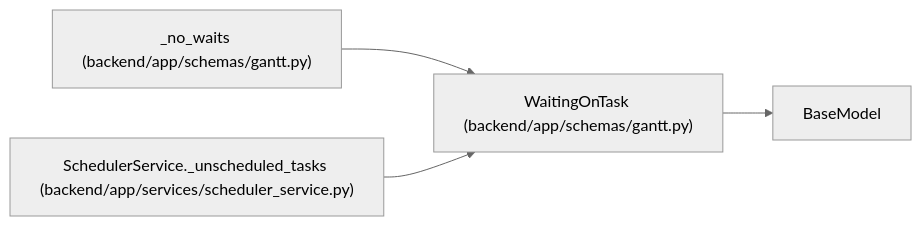
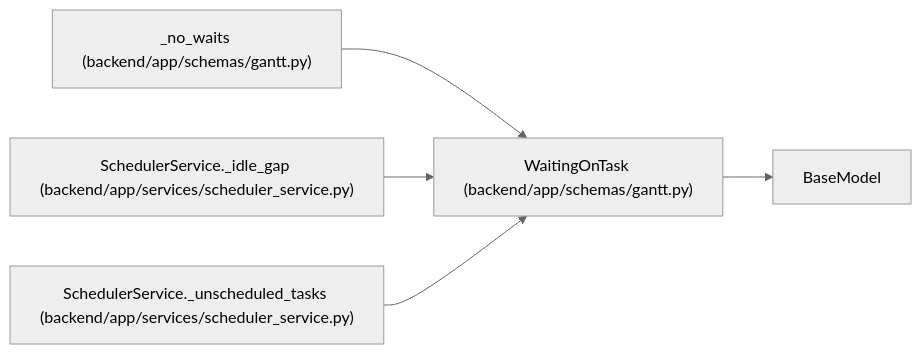
One commit to Denissvgn/WorkChord changed the diagram in docs/llm_wiki/entities/schemas_gantt_WaitingOnTask.md. Above: the diagram before and after it, drawn with Mermaid (neutral theme). The commit also changed other lines of this file and 648 other files, not shown here.

Commit message:
Sync the architectural wiki for using an assignee's free days

````diff
--- a/docs/llm_wiki/entities/schemas_gantt_WaitingOnTask.md
+++ b/docs/llm_wiki/entities/schemas_gantt_WaitingOnTask.md
@@ -26,13 +26,16 @@
 ```mermaid
 flowchart LR
     n0["WaitingOnTask (backend/app/schemas/gantt.py)"]
     n1["BaseModel"]
     n2["_no_waits (backend/app/schemas/gantt.py)"]
-    n3["SchedulerService._unscheduled_tasks (backend/app/services/scheduler_service.py)"]
+    n3["SchedulerService._idle_gap (backend/app/services/scheduler_service.py)"]
+    n4["SchedulerService._unscheduled_tasks (backend/app/services/scheduler_service.py)"]
     n0 --> n1
     n2 --> n0
     n3 --> n0
+    n4 --> n0
     click n0 "../modules/schemas_gantt.md"
     click n2 "../modules/schemas_gantt.md"
     click n3 "../modules/scheduler_service.md"
+    click n4 "../modules/scheduler_service.md"
 ```
````
